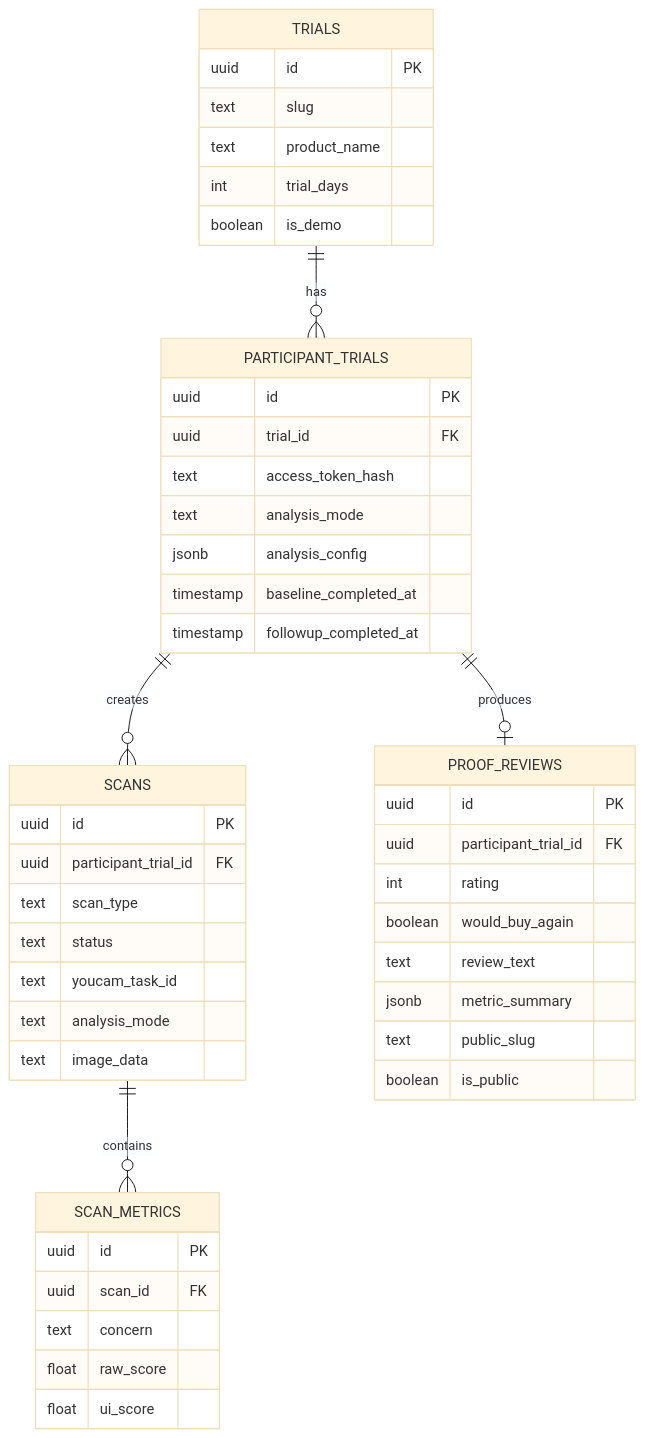
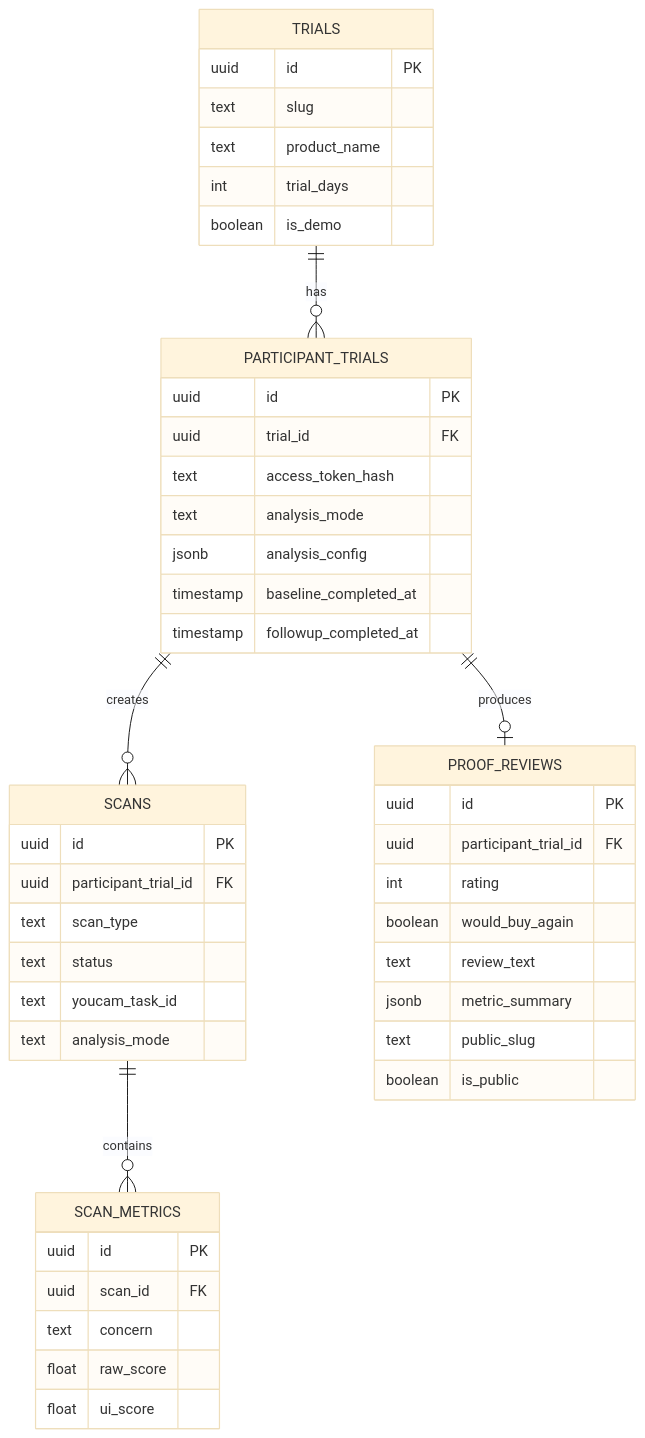
The fourth of 4 diagrams in docs/ARCHITECTURE.md (NikhilRaikwar/Pruv), drawn with Mermaid (base theme) before and after one commit. The commit also changed other lines of this file and 11 other files, not shown here.

````diff
--- a/docs/ARCHITECTURE.md
+++ b/docs/ARCHITECTURE.md
@@ -98,54 +98,53 @@
 ```mermaid
 erDiagram
     TRIALS ||--o{ PARTICIPANT_TRIALS : has
     PARTICIPANT_TRIALS ||--o{ SCANS : creates
     SCANS ||--o{ SCAN_METRICS : contains
     PARTICIPANT_TRIALS ||--o| PROOF_REVIEWS : produces
 
     TRIALS {
         uuid id PK
         text slug
         text product_name
         int trial_days
         boolean is_demo
     }
 
     PARTICIPANT_TRIALS {
         uuid id PK
         uuid trial_id FK
         text access_token_hash
         text analysis_mode
         jsonb analysis_config
         timestamp baseline_completed_at
         timestamp followup_completed_at
     }
 
     SCANS {
         uuid id PK
         uuid participant_trial_id FK
         text scan_type
         text status
         text youcam_task_id
         text analysis_mode
-        text image_data
     }
 
     SCAN_METRICS {
         uuid id PK
         uuid scan_id FK
         text concern
         float raw_score
         float ui_score
     }
 
     PROOF_REVIEWS {
         uuid id PK
         uuid participant_trial_id FK
         int rating
         boolean would_buy_again
         text review_text
         jsonb metric_summary
         text public_slug
         boolean is_public
     }
 ```
````
